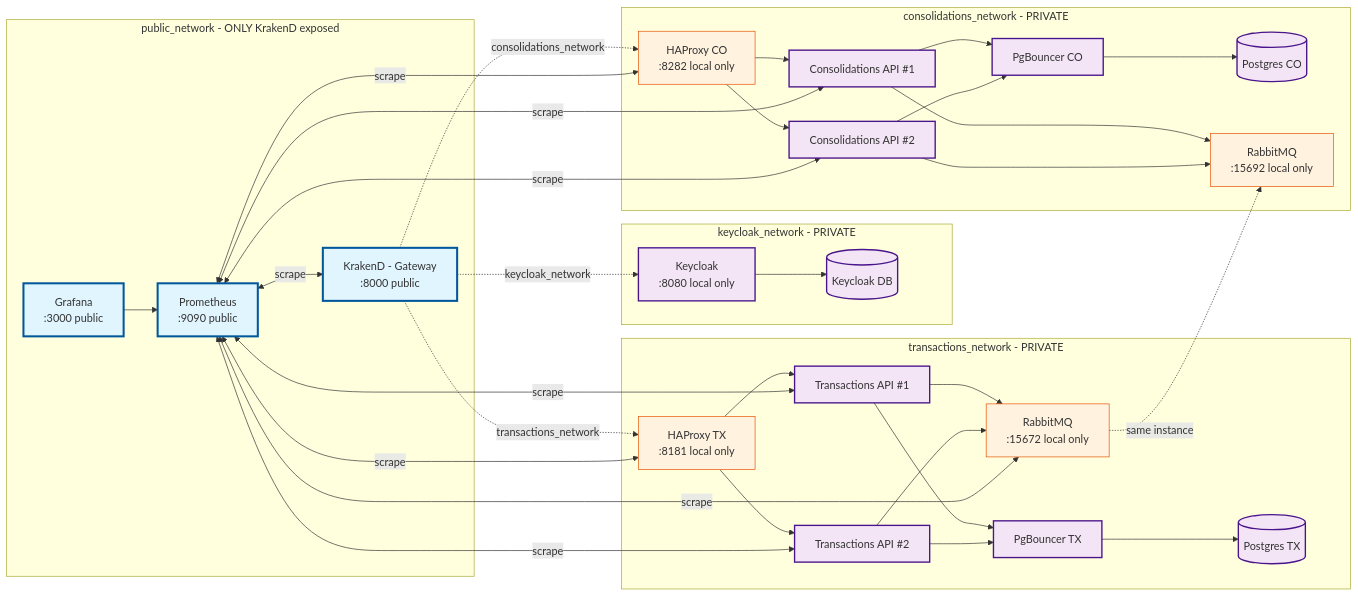
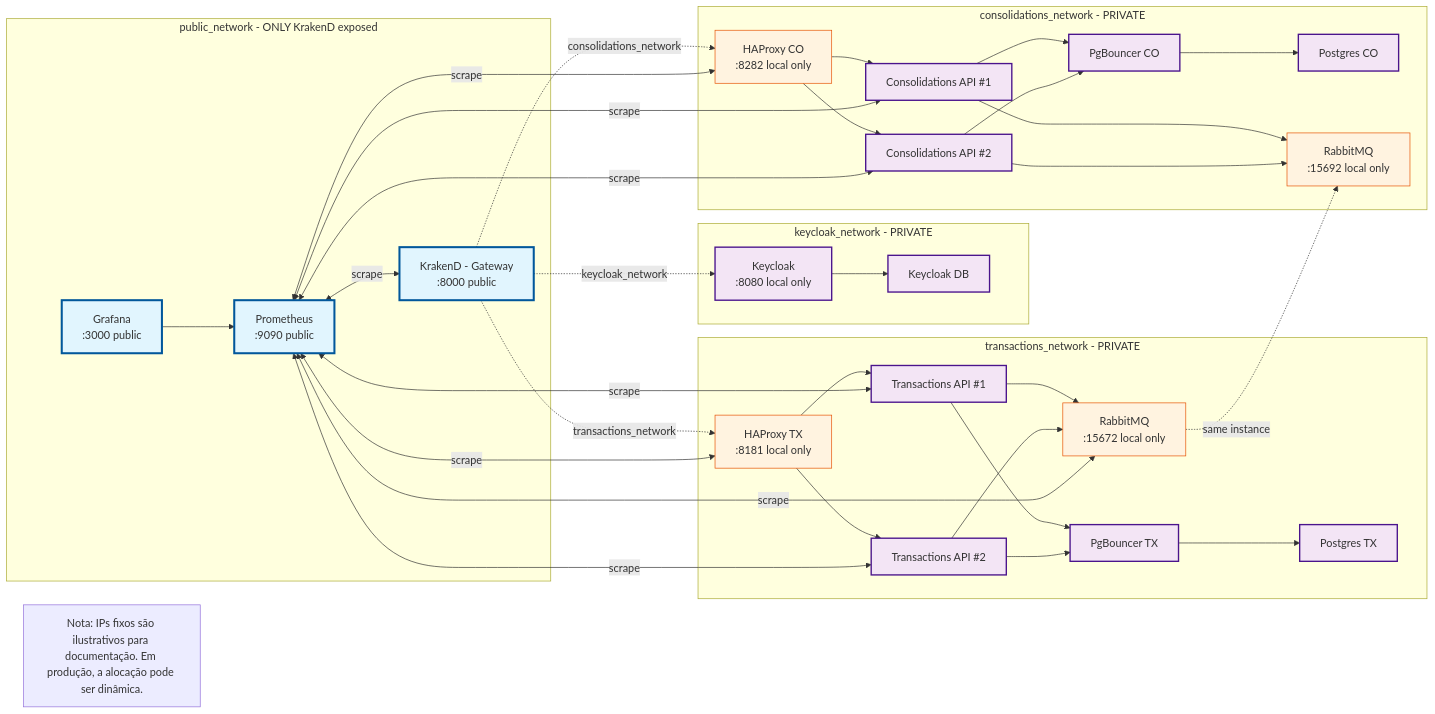
Before and after one commit to whereisanzi/cash-flow-system: the diagram in docs/diagrams/06-deployment.mmd, drawn with Mermaid. The commit also changed 38 other files, not shown here.

```diff
--- a/docs/diagrams/06-deployment.mmd
+++ b/docs/diagrams/06-deployment.mmd
@@ -1,58 +1,59 @@
 flowchart LR
+  NoteIPs[Nota: IPs fixos são ilustrativos para documentação. Em produção, a alocação pode ser dinâmica.]
   subgraph Public[public_network - ONLY KrakenD exposed]
     G[KrakenD - Gateway<br/>:8000 public]
     P[Prometheus<br/>:9090 public]
     Gr[Grafana<br/>:3000 public]
   end
 
   subgraph Keycloak[keycloak_network - PRIVATE]
     KC[Keycloak<br/>:8080 local only]
-    KCDB[(Keycloak DB)]
+    KCDB[Keycloak DB]
   end
 
   subgraph TxNet[transactions_network - PRIVATE]
     T1[Transactions API #1]
     T2[Transactions API #2]
     HTX[HAProxy TX<br/>:8181 local only]
     PQT[PgBouncer TX]
-    DBT[(Postgres TX)]
+    DBT[Postgres TX]
     MQT[RabbitMQ<br/>:15672 local only]
   end
 
   subgraph CoNet[consolidations_network - PRIVATE]
     C1[Consolidations API #1]
     C2[Consolidations API #2]
     HCO[HAProxy CO<br/>:8282 local only]
     PQC[PgBouncer CO]
-    DBC[(Postgres CO)]
+    DBC[Postgres CO]
     MQC[RabbitMQ<br/>:15692 local only]
   end
 
   %% Multi-network connections
   G -.->|keycloak_network| KC
   G -.->|transactions_network| HTX
   G -.->|consolidations_network| HCO
 
   HTX --> T1 & T2
   HCO --> C1 & C2
 
   T1 & T2 --> PQT --> DBT
   C1 & C2 --> PQC --> DBC
   KC --> KCDB
 
-  %% RabbitMQ connections (same instance, different network IPs)
+  %% RabbitMQ connections - same instance, different network IPs
   MQT -.->|same instance| MQC
   T1 & T2 --> MQT
   C1 & C2 --> MQC
 
   %% Monitoring
   P <-- scrape --> G & T1 & T2 & C1 & C2 & HTX & HCO & MQT
   Gr --> P
 
   classDef publicAccess fill:#e1f5fe,stroke:#01579b,stroke-width:3px
   classDef privateOnly fill:#f3e5f5,stroke:#4a148c,stroke-width:2px
   classDef localDebug fill:#fff3e0,stroke:#e65100,stroke-width:1px
 
   class G,P,Gr publicAccess
   class KC,T1,T2,C1,C2,PQT,PQC,DBT,DBC,KCDB privateOnly
   class HTX,HCO,MQT,MQC localDebug
```
